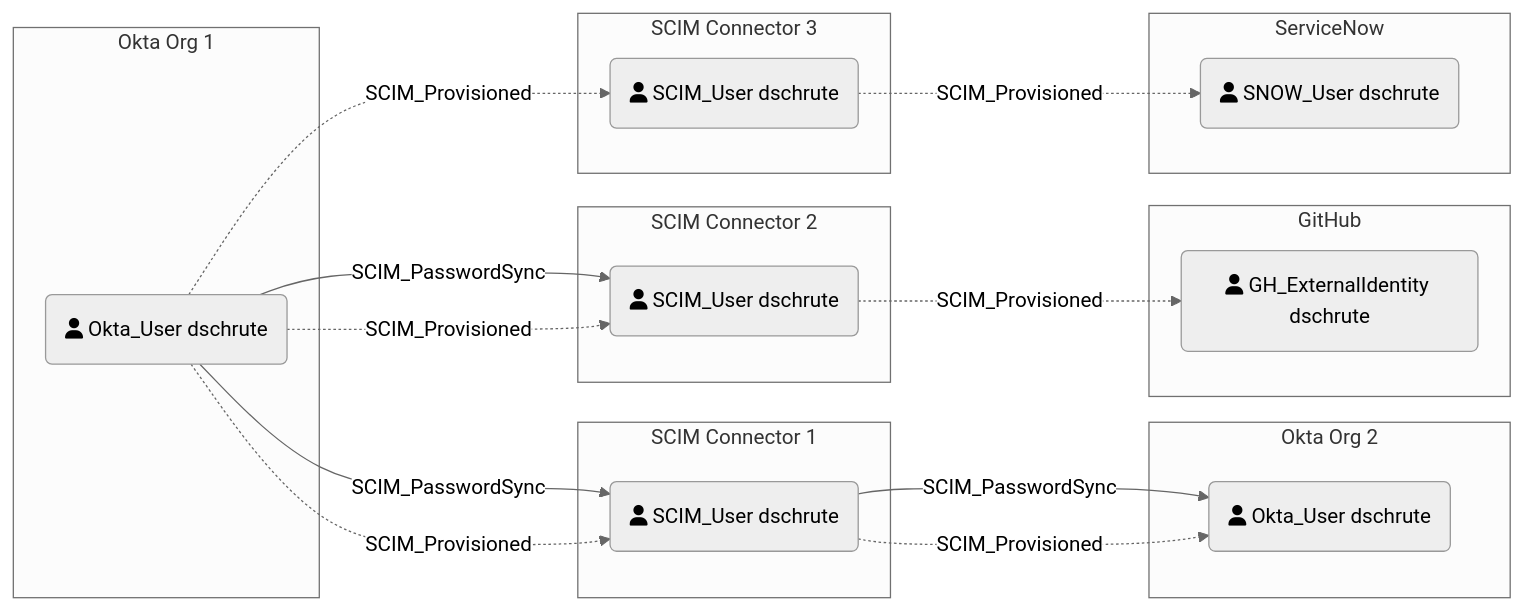
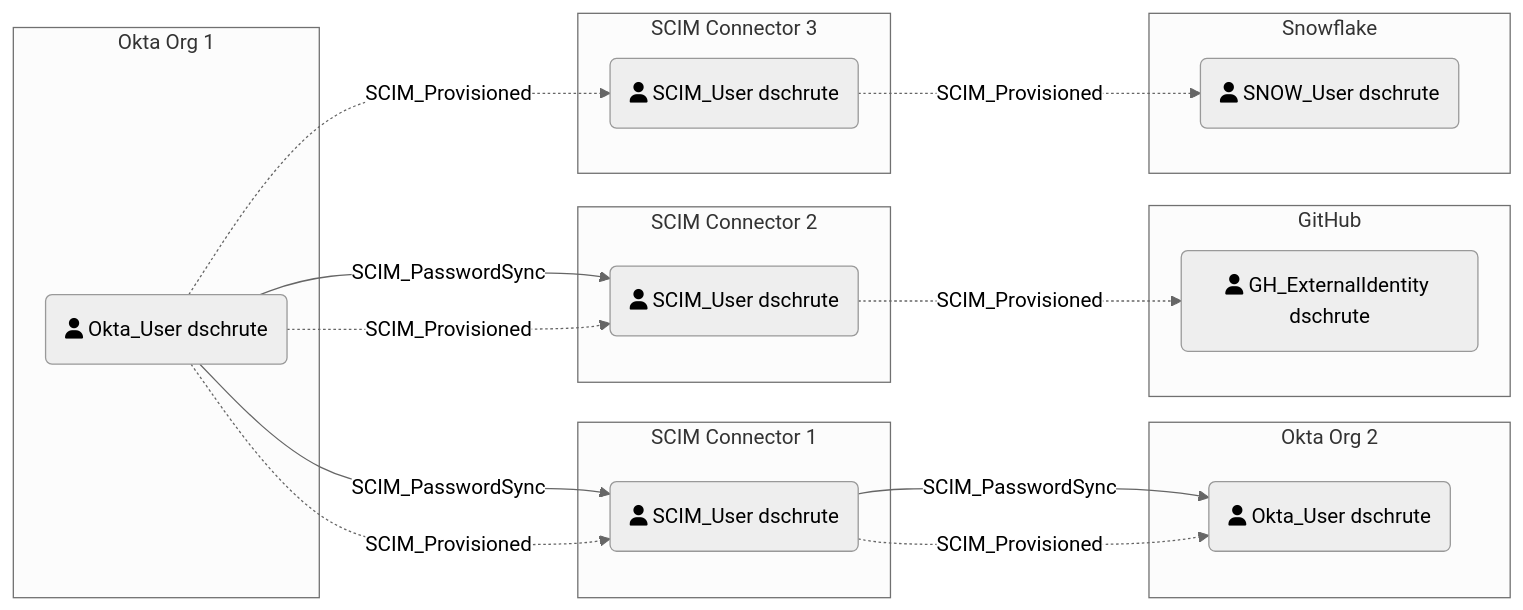
The diagram in docs/edges/SCIM_PasswordSync.md (SpecterOps/bloodhound-scim-extension), drawn with Mermaid (neutral theme) before and after one commit. The commit also changed 17 other files, not shown here.

````diff
--- a/docs/edges/SCIM_PasswordSync.md
+++ b/docs/edges/SCIM_PasswordSync.md
@@ -17,40 +17,40 @@
 ```mermaid
 graph LR
     subgraph Okta Org 1
         node7("fa:fa-user Okta_User dschrute")
     end
 
     subgraph SCIM Connector 1
         node1("fa:fa-user SCIM_User dschrute")
     end
 
     subgraph SCIM Connector 2
         node5("fa:fa-user SCIM_User dschrute")
     end
 
     subgraph SCIM Connector 3
         node6("fa:fa-user SCIM_User dschrute")
     end
 
     subgraph Okta Org 2
         node2("fa:fa-user Okta_User dschrute")
     end
 
     subgraph GitHub
         node3("fa:fa-user GH_ExternalIdentity dschrute")
     end
 
-    subgraph ServiceNow
+    subgraph Snowflake
         node4("fa:fa-user SNOW_User dschrute")
     end
 
     node7 -- SCIM_PasswordSync --> node1
     node7 -- SCIM_PasswordSync --> node5
     node1 -- SCIM_PasswordSync --> node2
     node7 -.->|SCIM_Provisioned| node1
     node7 -.->|SCIM_Provisioned| node5
     node7 -.->|SCIM_Provisioned| node6
     node1 -.->|SCIM_Provisioned| node2
     node5 -.->|SCIM_Provisioned| node3
     node6 -.->|SCIM_Provisioned| node4
 ```
````
